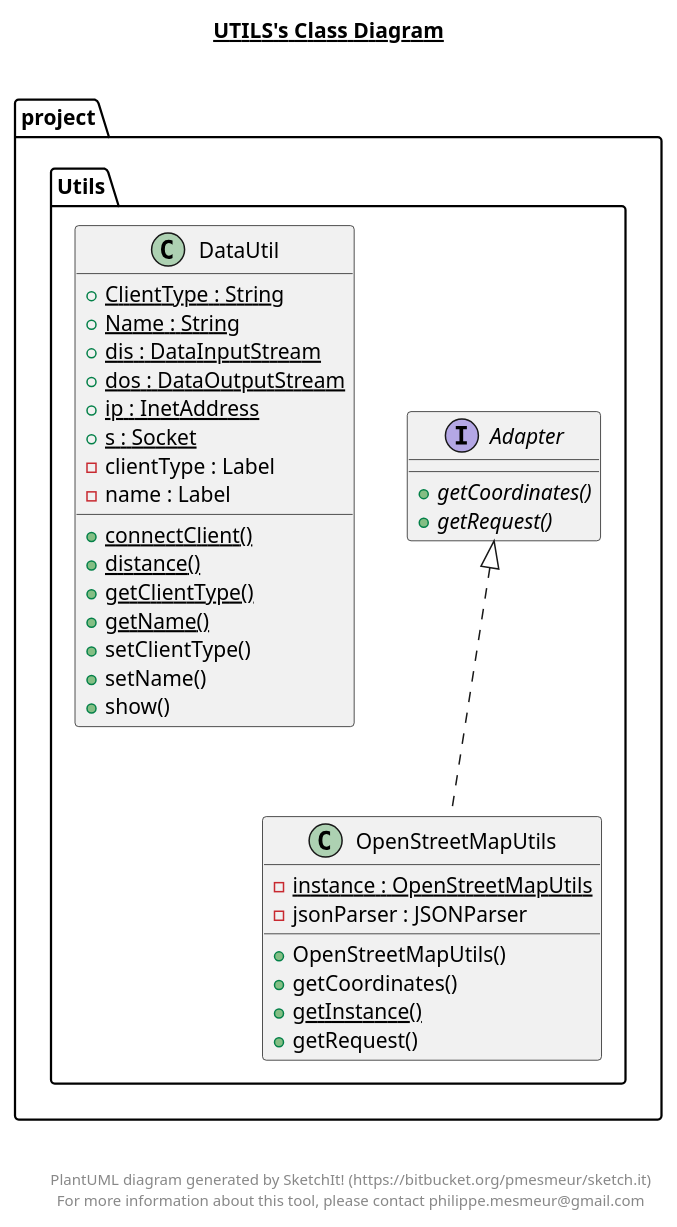
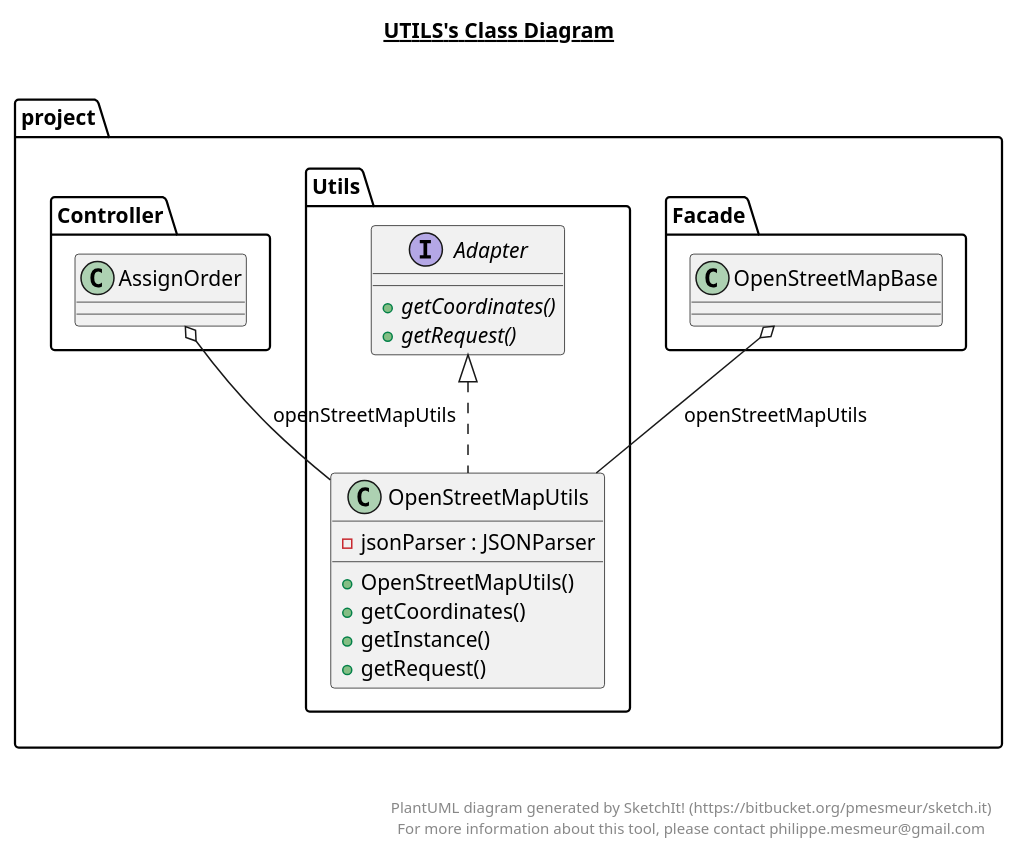
One commit to kplusa/Firma-Transportowa changed the diagram in src/project/Utils/Utils.plantuml. Above: the diagram before and after it, drawn with PlantUML. The commit also changed 38 other files, not shown here.

```diff
--- a/src/project/Utils/Utils.plantuml
+++ b/src/project/Utils/Utils.plantuml
@@ -1,62 +1,40 @@
 @startuml
 
 title __UTILS's Class Diagram__\n
 
   namespace project {
     namespace Utils {
       interface project.Utils.Adapter {
           {abstract} + getCoordinates()
           {abstract} + getRequest()
       }
     }
   }
-  
 
-  namespace project {
-    namespace Utils {
-      class project.Utils.DataUtil {
-          {static} + ClientType : String
-          {static} + Name : String
-          {static} + dis : DataInputStream
-          {static} + dos : DataOutputStream
-          {static} + ip : InetAddress
-          {static} + s : Socket
-          - clientType : Label
-          - name : Label
-          {static} + connectClient()
-          {static} + distance()
-          {static} + getClientType()
-          {static} + getName()
-          + setClientType()
-          + setName()
-          + show()
-      }
-    }
-  }
-  
 
   namespace project {
     namespace Utils {
       class project.Utils.OpenStreetMapUtils {
-          {static} - instance : OpenStreetMapUtils
           - jsonParser : JSONParser
           + OpenStreetMapUtils()
           + getCoordinates()
-          {static} + getInstance()
+          + getInstance()
           + getRequest()
       }
     }
   }
   
 
   project.Utils.OpenStreetMapUtils .up.|> project.Utils.Adapter
+project.Facade.OpenStreetMapBase o-- project.Utils.OpenStreetMapUtils : openStreetMapUtils
+project.Controller.AssignOrder o-- project.Utils.OpenStreetMapUtils : openStreetMapUtils
 
 
 right footer
 
 
 PlantUML diagram generated by SketchIt! (https://bitbucket.org/pmesmeur/sketch.it)
 For more information about this tool, please contact philippe.mesmeur@gmail.com
 endfooter
 
 @enduml
```
